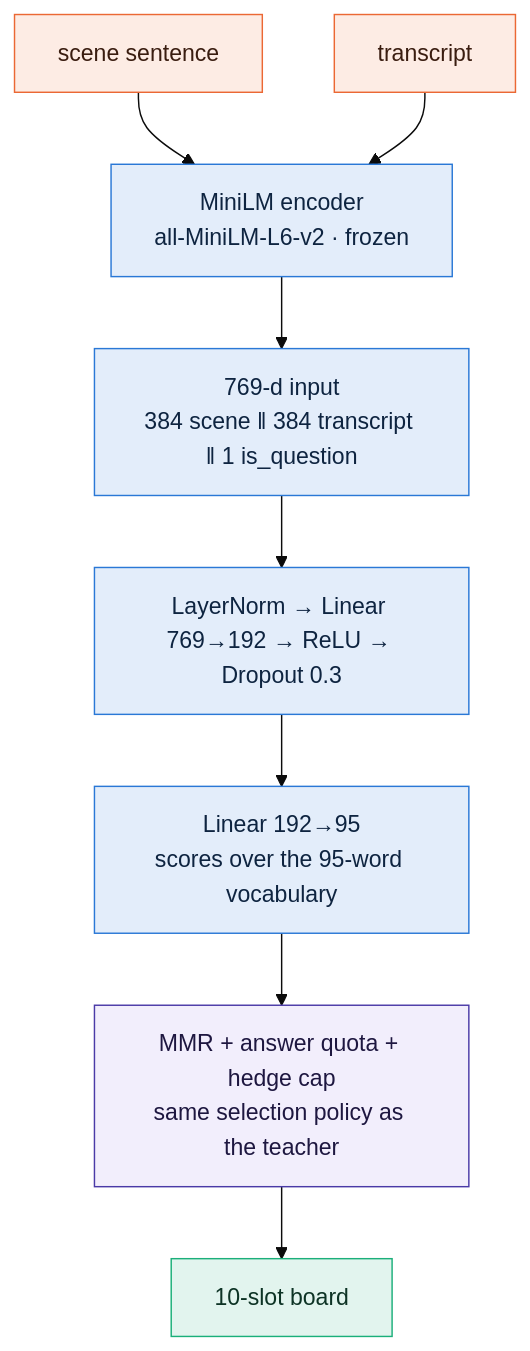
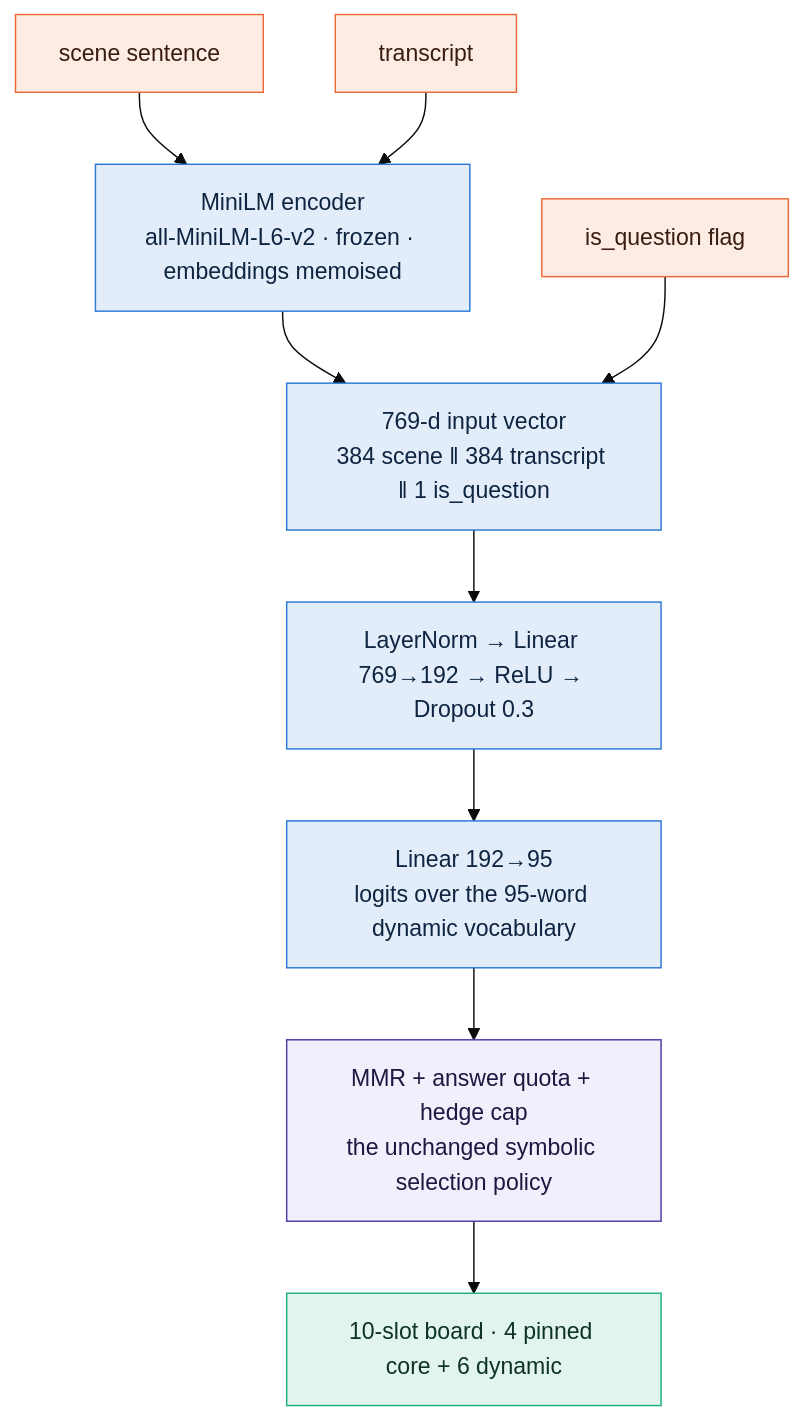
One commit to tanayvin1216/Revoce changed the third of 3 diagrams in README.md. Above: the diagram before and after it, drawn with Mermaid (base theme). The commit also changed other lines of this file and 11 other files, not shown here.

Commit message:
bring back the original charts and rewrite the readme in plainer language

````diff
--- a/README.md
+++ b/README.md
@@ -302,20 +218,21 @@
 ```mermaid
 flowchart TD
     A["scene sentence"] --> C
     B["transcript"] --> C
-    C["MiniLM encoder<br/>all-MiniLM-L6-v2 · frozen"]
-    C --> D["769-d input<br/>384 scene ‖ 384 transcript ‖ 1 is_question"]
+    C["MiniLM encoder<br/>all-MiniLM-L6-v2 · frozen · embeddings memoised"]
+    C --> D["769-d input vector<br/>384 scene ‖ 384 transcript ‖ 1 is_question"]
+    Q["is_question flag"] --> D
     D --> E["LayerNorm → Linear 769→192 → ReLU → Dropout 0.3"]
-    E --> F["Linear 192→95<br/>scores over the 95-word vocabulary"]
-    F --> G["MMR + answer quota + hedge cap<br/>same selection policy as the teacher"]
-    G --> H["10-slot board"]
+    E --> F["Linear 192→95<br/>logits over the 95-word dynamic vocabulary"]
+    F --> G["MMR + answer quota + hedge cap<br/>the unchanged symbolic selection policy"]
+    G --> H["10-slot board · 4 pinned core + 6 dynamic"]
 
     classDef sense fill:#fdece4,stroke:#eb6834,color:#3a1d10
     classDef model fill:#e3edfa,stroke:#2a78d6,color:#0e2440
     classDef policy fill:#f2eefc,stroke:#4a3aa7,color:#1e1740
     classDef out fill:#e2f4ee,stroke:#1baf7a,color:#0d3325
-    class A,B sense
+    class A,B,Q sense
     class C,D,E,F model
     class G policy
     class H out
 ```
````
